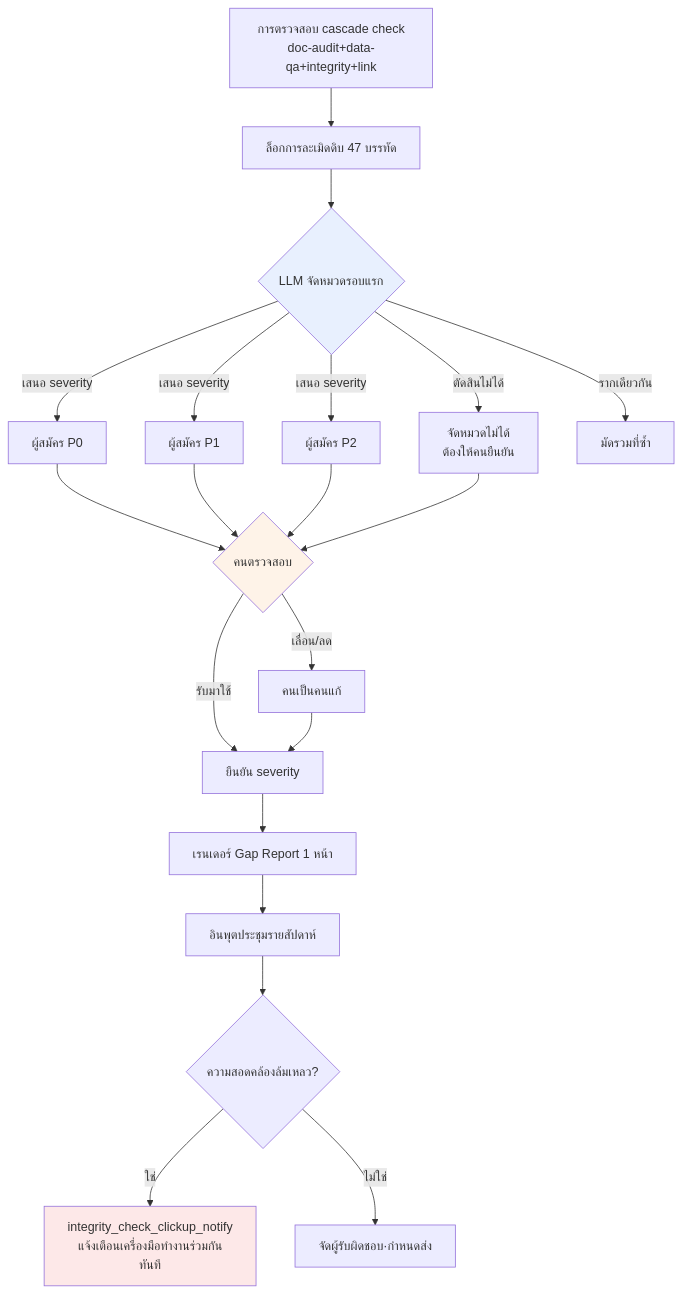
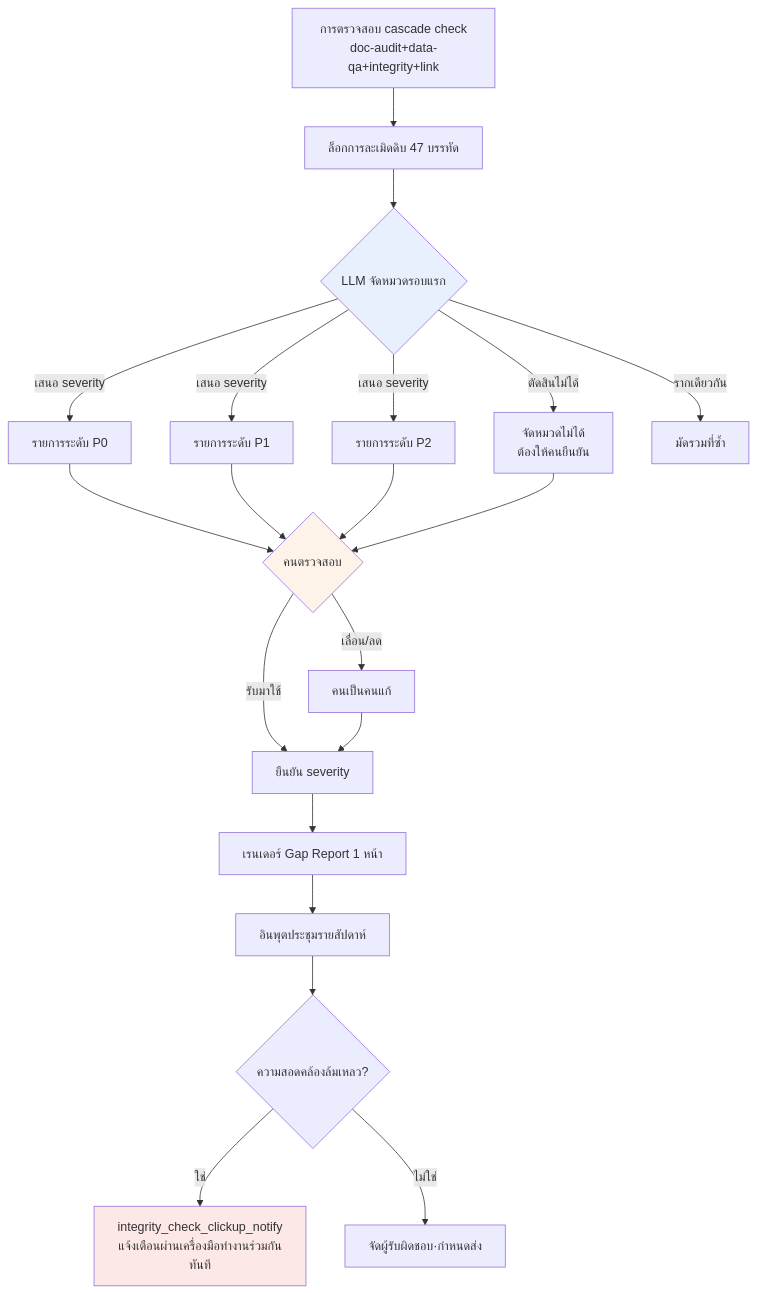
The diagram in manuscript/part10-qa-design/chapter-3-alpha-gap-report.md (eremes81/game-design-ai-practice-th), drawn with Mermaid before and after one commit. The commit also changed other lines of this file and 64 other files, not shown here.

````diff
--- a/manuscript/part10-qa-design/chapter-3-alpha-gap-report.md
+++ b/manuscript/part10-qa-design/chapter-3-alpha-gap-report.md
@@ -169,29 +169,29 @@
 ```mermaid
 flowchart TD
     A[การตรวจสอบ cascade check<br/>doc-audit+data-qa+integrity+link] --> B[ล็อกการละเมิดดิบ 47 บรรทัด]
     B --> C{LLM จัดหมวดรอบแรก}
-    C -->|เสนอ severity| D[ผู้สมัคร P0]
-    C -->|เสนอ severity| E[ผู้สมัคร P1]
-    C -->|เสนอ severity| F[ผู้สมัคร P2]
+    C -->|เสนอ severity| D[รายการระดับ P0]
+    C -->|เสนอ severity| E[รายการระดับ P1]
+    C -->|เสนอ severity| F[รายการระดับ P2]
     C -->|ตัดสินไม่ได้| G[จัดหมวดไม่ได้<br/>ต้องให้คนยืนยัน]
     C -->|รากเดียวกัน| H[มัดรวมที่ซ้ำ]
 
     D --> I{คนตรวจสอบ}
     E --> I
     F --> I
     G --> I
 
     I -->|รับมาใช้| J[ยืนยัน severity]
     I -->|เลื่อน/ลด| K[คนเป็นคนแก้]
     K --> J
 
     J --> L[เรนเดอร์ Gap Report 1 หน้า]
     L --> M[อินพุตประชุมรายสัปดาห์]
     M --> N{ความสอดคล้องล้มเหลว?}
-    N -->|ใช่| O[integrity_check_clickup_notify<br/>แจ้งเตือนเครื่องมือทำงานร่วมกันทันที]
+    N -->|ใช่| O[integrity_check_clickup_notify<br/>แจ้งเตือนผ่านเครื่องมือทำงานร่วมกันทันที]
     N -->|ไม่ใช่| P[จัดผู้รับผิดชอบ·กำหนดส่ง]
 
     style C fill:#e8f0fe
     style I fill:#fef3e8
     style O fill:#fde8e8
 ```
````
